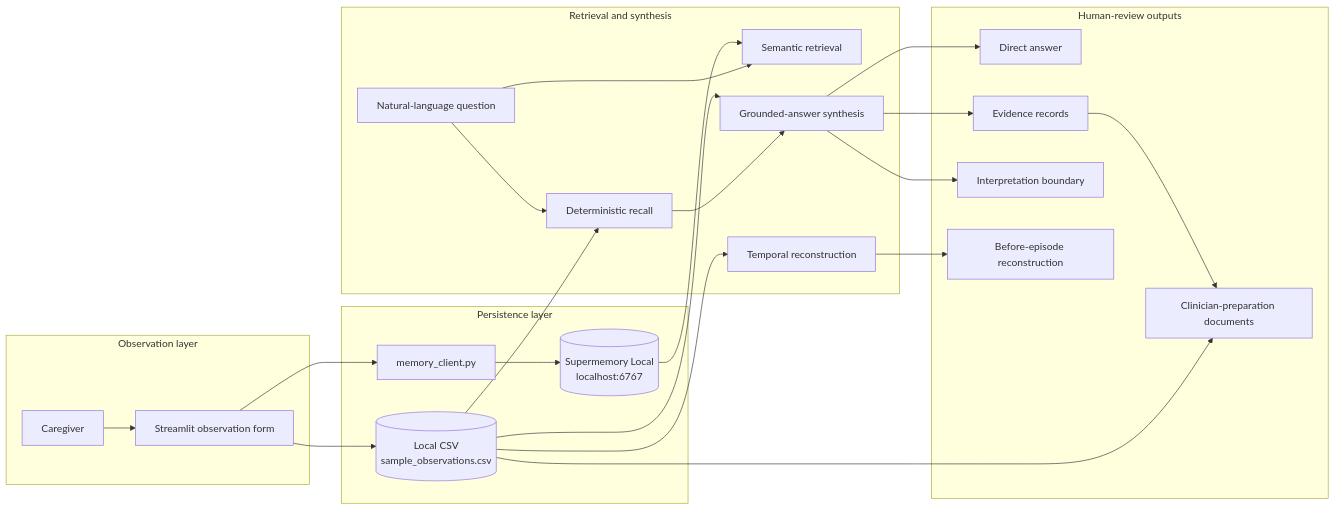
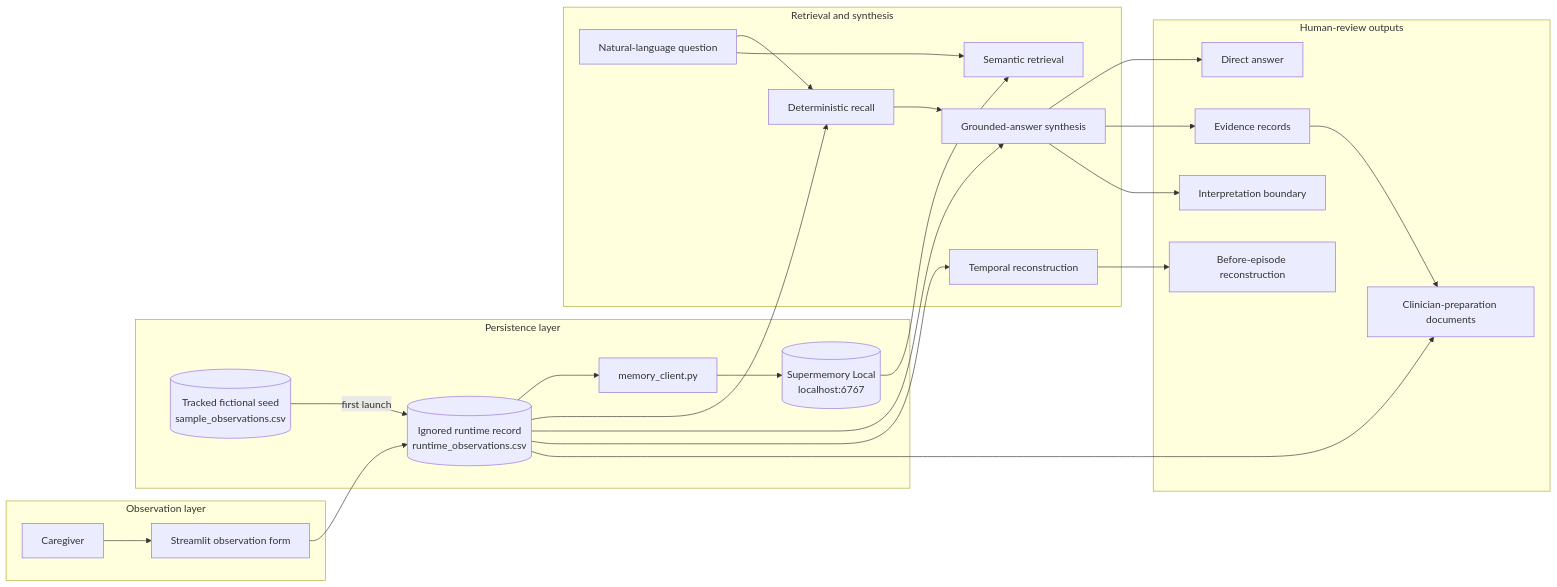
Before and after one commit to Vedangalle/neuroblackbox: the second of 4 diagrams in README.md, drawn with Mermaid. The commit also changed other lines of this file and 9 other files, not shown here.

````diff
--- a/README.md
+++ b/README.md
@@ -238,53 +240,55 @@
 ```mermaid
 flowchart LR
     subgraph Input["Observation layer"]
         U["Caregiver"]
         F["Streamlit observation form"]
         U --> F
     end
 
     subgraph Persistence["Persistence layer"]
-        CSV[("Local CSV<br/>sample_observations.csv")]
+        SEED[("Tracked fictional seed<br/>sample_observations.csv")]
+        CSV[("Ignored runtime record<br/>runtime_observations.csv")]
         MC["memory_client.py"]
         SM[("Supermemory Local<br/>localhost:6767")]
     end
 
     subgraph Intelligence["Retrieval and synthesis"]
         Q["Natural-language question"]
         DR["Deterministic recall"]
         SR["Semantic retrieval"]
         GA["Grounded-answer synthesis"]
         TR["Temporal reconstruction"]
     end
 
     subgraph Output["Human-review outputs"]
         A["Direct answer"]
         E["Evidence records"]
         B["Interpretation boundary"]
         T["Before-episode reconstruction"]
         C["Clinician-preparation documents"]
     end
 
+    SEED -->|first launch| CSV
     F --> CSV
-    F --> MC
+    CSV --> MC
     MC --> SM
 
     Q --> DR
     Q --> SR
 
     CSV --> DR
     SM --> SR
 
     DR --> GA
     CSV --> GA
 
     GA --> A
     GA --> E
     GA --> B
 
     CSV --> TR
     TR --> T
 
     CSV --> C
     E --> C
 ```
````
